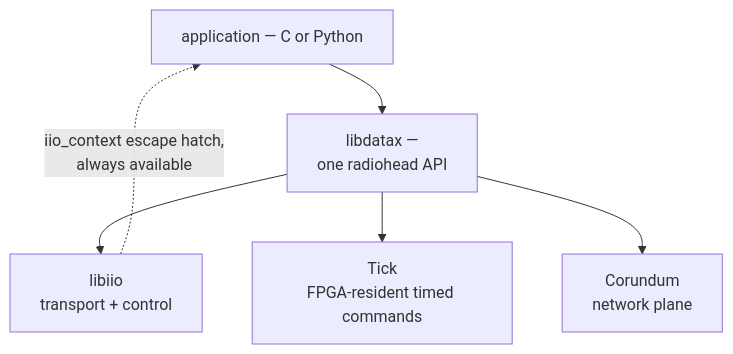
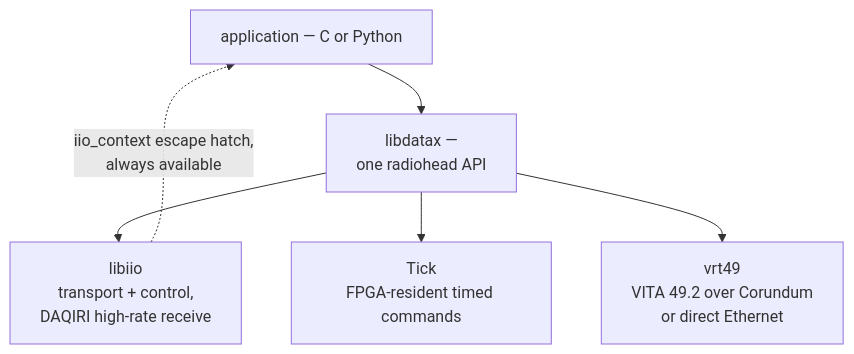
Before and after one commit to tfcollins/datax_sdk_sdr: the diagram in docs/background-prior-art.md, drawn with Mermaid. The commit also changed other lines of this file and 2 other files, not shown here.

Commit message:
docs: matrix annotations and composition diagram follow the re-baselined roadmap (#5)

````diff
--- a/docs/background-prior-art.md
+++ b/docs/background-prior-art.md
@@ -104,9 +104,9 @@
 ```{mermaid}
 graph TD
     APP[application — C or Python]
     APP --> LD[libdatax —<br/>one radiohead API]
-    LD --> IIO[libiio<br/>transport + control]
+    LD --> IIO[libiio<br/>transport + control,<br/>DAQIRI high-rate receive]
     LD --> TICK[Tick<br/>FPGA-resident timed commands]
-    LD --> COR[Corundum<br/>network plane]
+    LD --> VRT[vrt49<br/>VITA 49.2 over Corundum<br/>or direct Ethernet]
     IIO -.->|iio_context escape hatch,<br/>always available| APP
 ```
````
